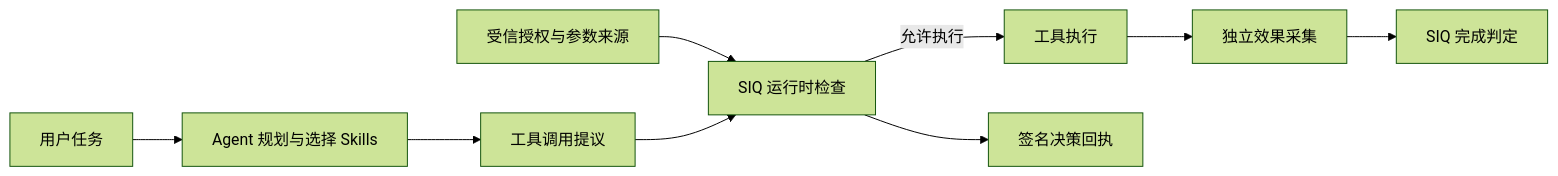
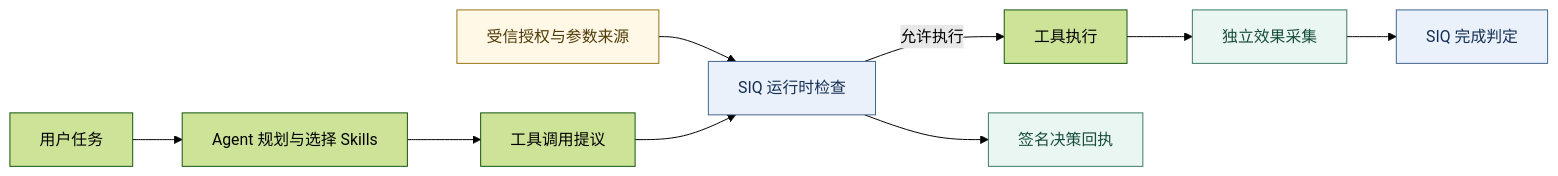
One commit to maoyadongsh/siq-agent-security changed the second of 2 diagrams in README.md. Above: the diagram before and after it, drawn with Mermaid (forest theme). The commit also changed other lines of this file and 7 other files, not shown here.

````diff
--- a/README.md
+++ b/README.md
@@ -30,11 +117,17 @@
 ```mermaid
 flowchart LR
     Task[用户任务] --> Agent[Agent 规划与选择 Skills]
     Agent --> Proposal[工具调用提议]
     Authority[受信授权与参数来源] --> Runtime[SIQ 运行时检查]
     Proposal --> Runtime
     Runtime -->|允许执行| Tool[工具执行]
     Runtime --> Receipts[签名决策回执]
     Tool --> Observer[独立效果采集]
     Observer --> Completion[SIQ 完成判定]
+    classDef authority fill:#fff8e6,stroke:#9a7417,color:#513b08
+    classDef runtime fill:#eaf1fb,stroke:#43658f,color:#142f53
+    classDef evidence fill:#eaf6f1,stroke:#3b7965,color:#174d3d
+    class Authority authority
+    class Runtime,Completion runtime
+    class Receipts,Observer evidence
 ```
````
